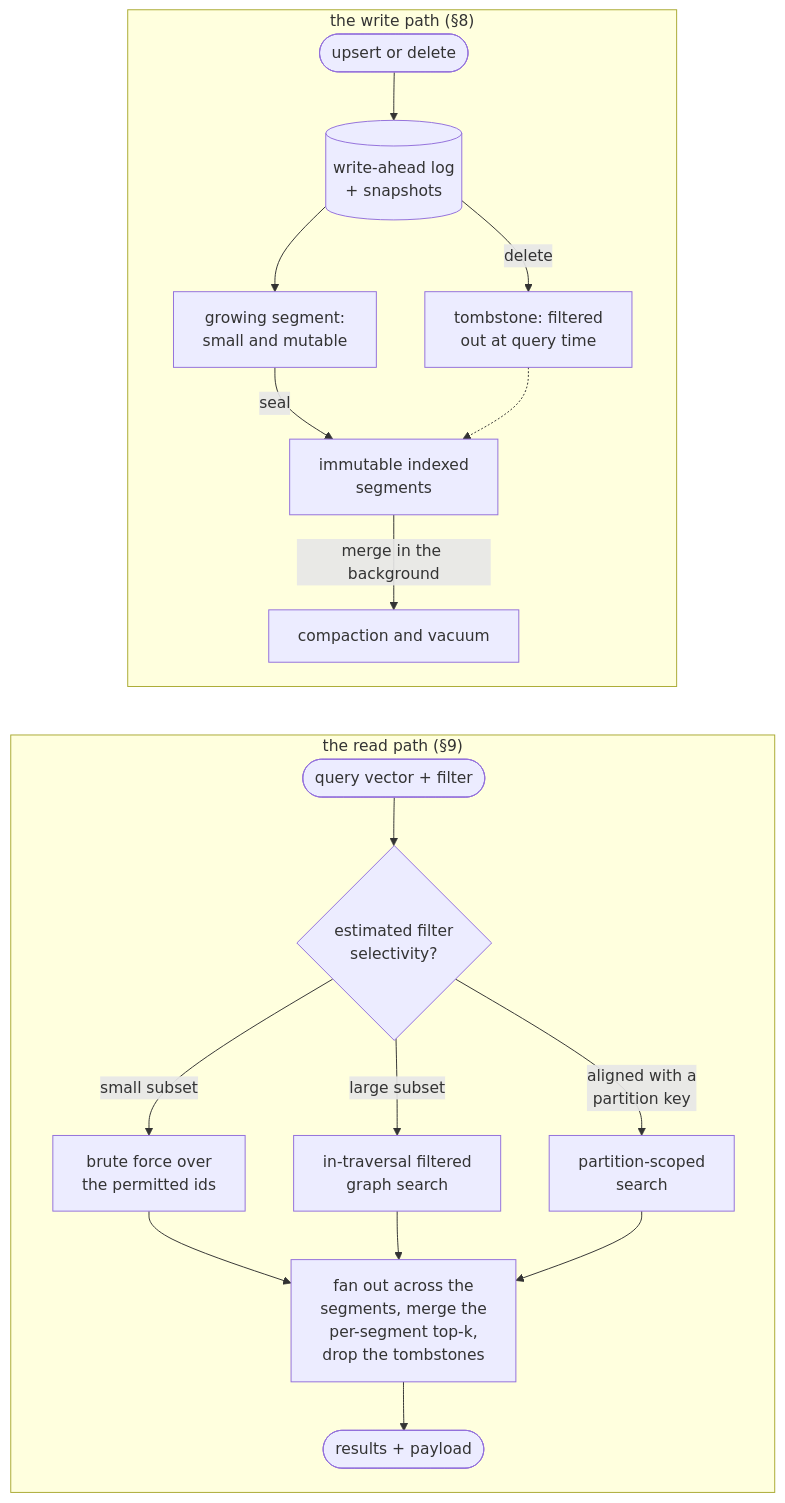
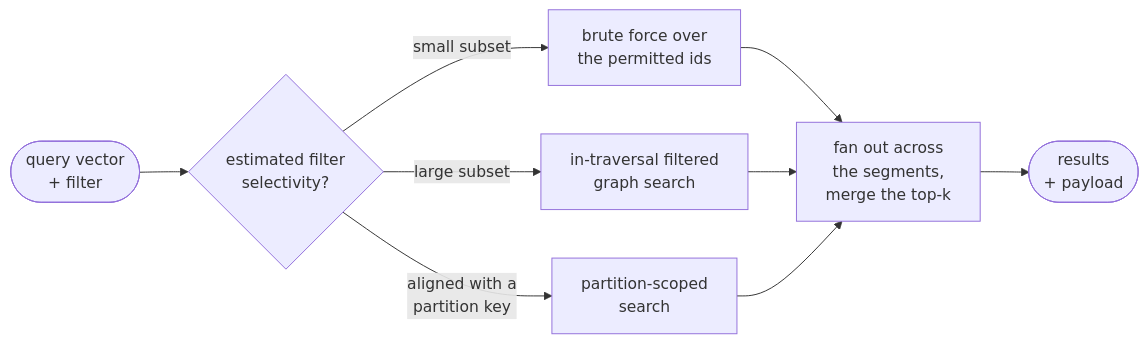
One commit to aniryou/full-stack-agentic-engineer changed the third of 3 diagrams in 07-application-agent-framework/retrieval-rag/vector-databases-primer.md. Above: the diagram before and after it, drawn with Mermaid. The commit also changed other lines of this file and 633 other files, not shown here.

First line of the commit message:
Accessible language and one-screen figures, part 1: every figure fits a screen, the STE second pass over the layers (#53)

````diff
--- a/07-application-agent-framework/retrieval-rag/vector-databases-primer.md
+++ b/07-application-agent-framework/retrieval-rag/vector-databases-primer.md
@@ -194,22 +224,11 @@
 ```mermaid
-flowchart TB
-  subgraph W["the write path (§8)"]
-    U([upsert or delete]) --> L[("write-ahead log<br/>+ snapshots")]
-    L --> G["growing segment:<br/>small and mutable"]
-    G -->|seal| S["immutable indexed<br/>segments"]
-    L -->|delete| D["tombstone: filtered<br/>out at query time"]
-    D -.-> S
-    S -->|"merge in the background"| C["compaction and vacuum"]
-  end
-  subgraph R["the read path (§9)"]
-    Q([query vector + filter]) --> E{"estimated filter<br/>selectivity?"}
-    E -->|"small subset"| B["brute force over<br/>the permitted ids"]
-    E -->|"large subset"| T["in-traversal filtered<br/>graph search"]
-    E -->|"aligned with a<br/>partition key"| P["partition-scoped<br/>search"]
-    B --> F["fan out across the<br/>segments, merge the<br/>per-segment top-k,<br/>drop the tombstones"]
-    T --> F
-    P --> F
-    F --> O([results + payload])
-  end
-  C ~~~ Q
+flowchart LR
+  Q(["query vector<br/>+ filter"]) --> E{"estimated filter<br/>selectivity?"}
+  E -->|"small subset"| B["brute force over<br/>the permitted ids"]
+  E -->|"large subset"| T["in-traversal filtered<br/>graph search"]
+  E -->|"aligned with a<br/>partition key"| P["partition-scoped<br/>search"]
+  B --> F["fan out across<br/>the segments,<br/>merge the top-k"]
+  T --> F
+  P --> F
+  F --> O(["results<br/>+ payload"])
 ```
````
